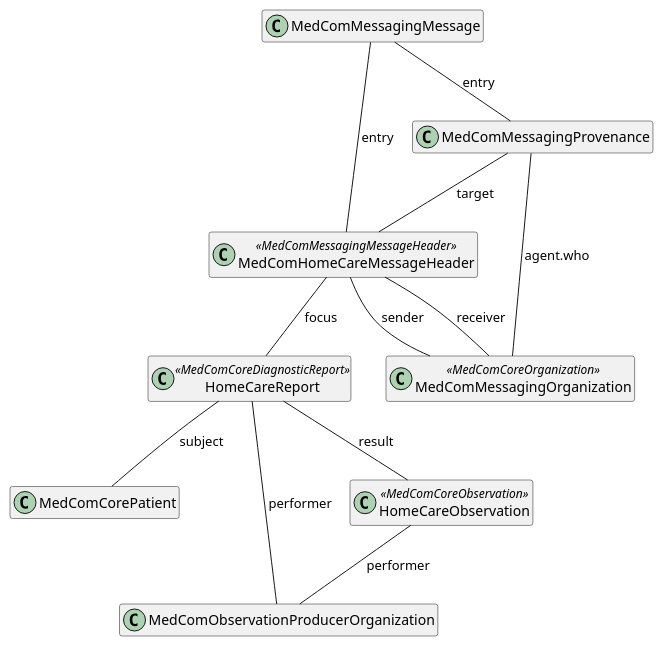
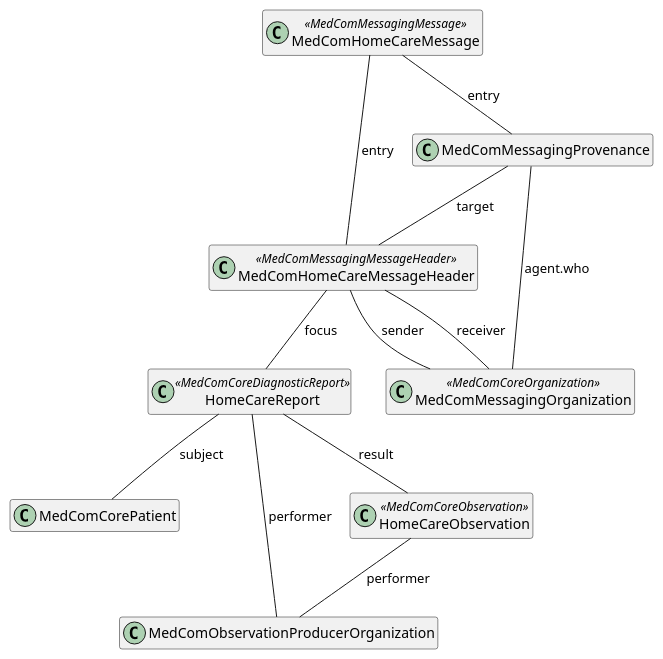
Before and after one commit to medcomdk/dk_MunicipalityObservationResults: the diagram in puml/HomeCareObservartionMessage.puml, drawn with PlantUML. The commit also changed 18 other files, not shown here.

```diff
--- a/puml/HomeCareObservartionMessage.puml
+++ b/puml/HomeCareObservartionMessage.puml
@@ -1,31 +1,31 @@
 @startuml HomeCareObservationMessage
 
 hide empty members
 
 top to bottom direction
 
-class "MedComMessagingMessage" as message
+class "MedComHomeCareMessage" as message <<MedComMessagingMessage>>
 class "MedComHomeCareMessageHeader" as messageheader <<MedComMessagingMessageHeader>>
 class "MedComMessagingProvenance" as provenance
 class "MedComMessagingOrganization" as messagingOrganization <<MedComCoreOrganization>>
 class "MedComCorePatient" as patient
 class "MedComObservationProducerOrganization" as organization
 ' class "MedComCorePractitioner" as author
 class "HomeCareReport" as diagnosticReport <<MedComCoreDiagnosticReport>>
 class "HomeCareObservation" as coreobservation <<MedComCoreObservation>>
 
 message -- messageheader : "entry"
 messageheader -- diagnosticReport : "focus"
 message -- provenance : "entry"
 provenance -- messageheader : "target" 
 provenance -- messagingOrganization : "agent.who"
 diagnosticReport -- patient : "subject"
 diagnosticReport -- organization: "performer"
 diagnosticReport -- coreobservation : "result"
 coreobservation -- organization:"performer"
 
 
 messageheader -- messagingOrganization : "receiver"
 messageheader -- messagingOrganization : "sender"
 
 @enduml
```
